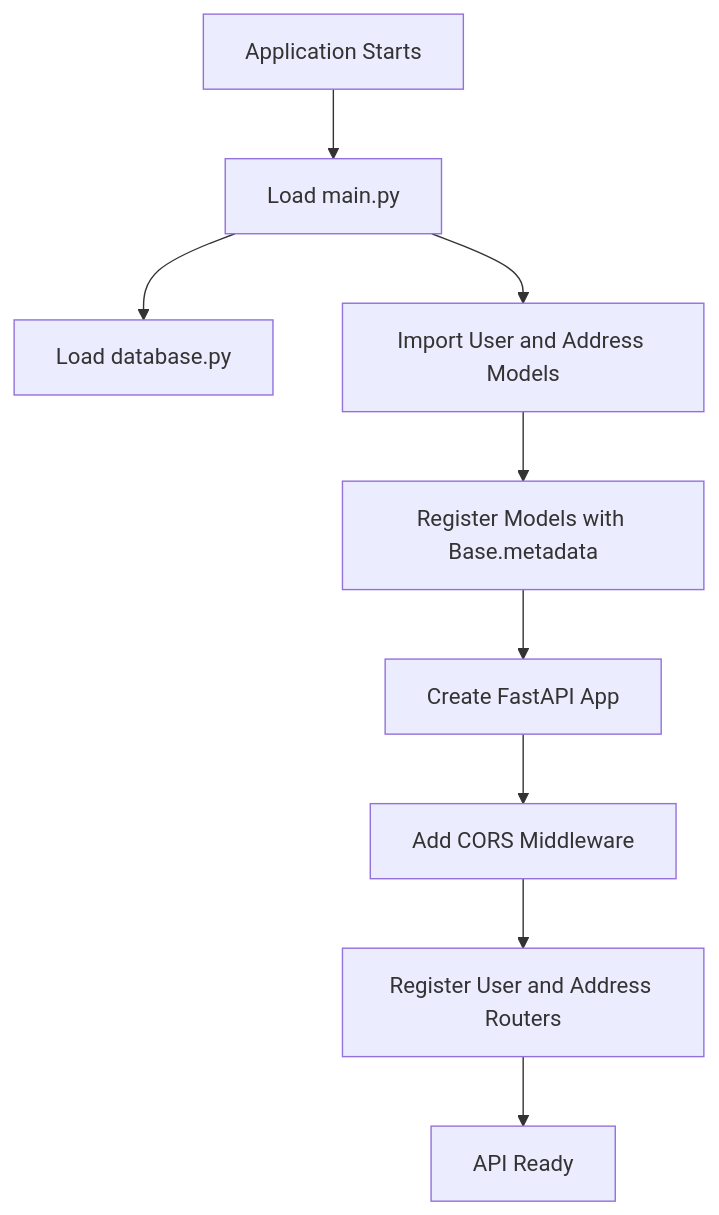
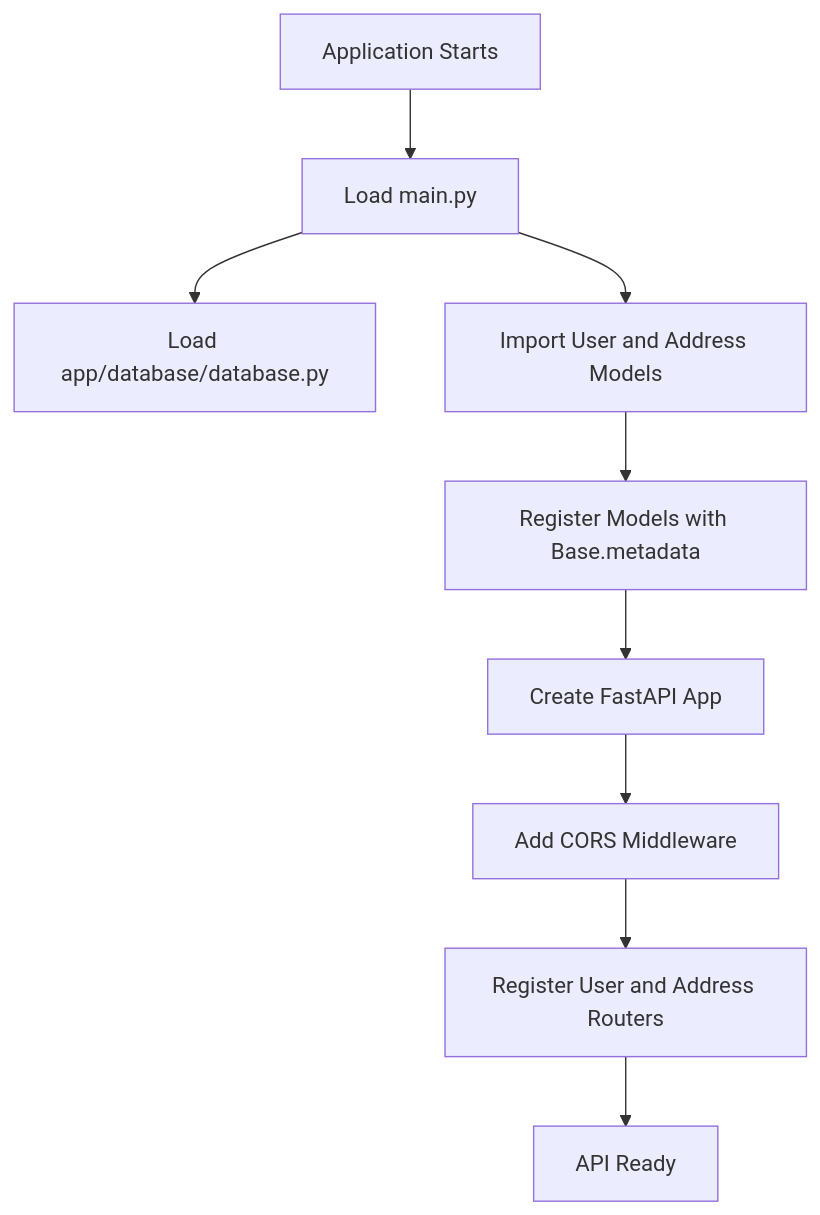
Before and after one commit to abhijeetBhale/FastAPI: the second of 5 diagrams in awesome-project/docs/ARCHITECTURE_FLOW.md, drawn with Mermaid. The commit also changed other lines of this file and 145 other files, not shown here.

````diff
--- a/awesome-project/docs/ARCHITECTURE_FLOW.md
+++ b/awesome-project/docs/ARCHITECTURE_FLOW.md
@@ -64,11 +76,11 @@
 ```mermaid
 flowchart TD
     Start[Application Starts] --> LoadMain[Load main.py]
-    LoadMain --> LoadDatabase[Load database.py]
+    LoadMain --> LoadDatabase[Load app/database/database.py]
     LoadMain --> LoadModels[Import User and Address Models]
     LoadModels --> RegisterModels[Register Models with Base.metadata]
     RegisterModels --> CreateApp[Create FastAPI App]
     CreateApp --> AddMiddleware[Add CORS Middleware]
     AddMiddleware --> RegisterRouters[Register User and Address Routers]
     RegisterRouters --> Ready[API Ready]
 ```
````
